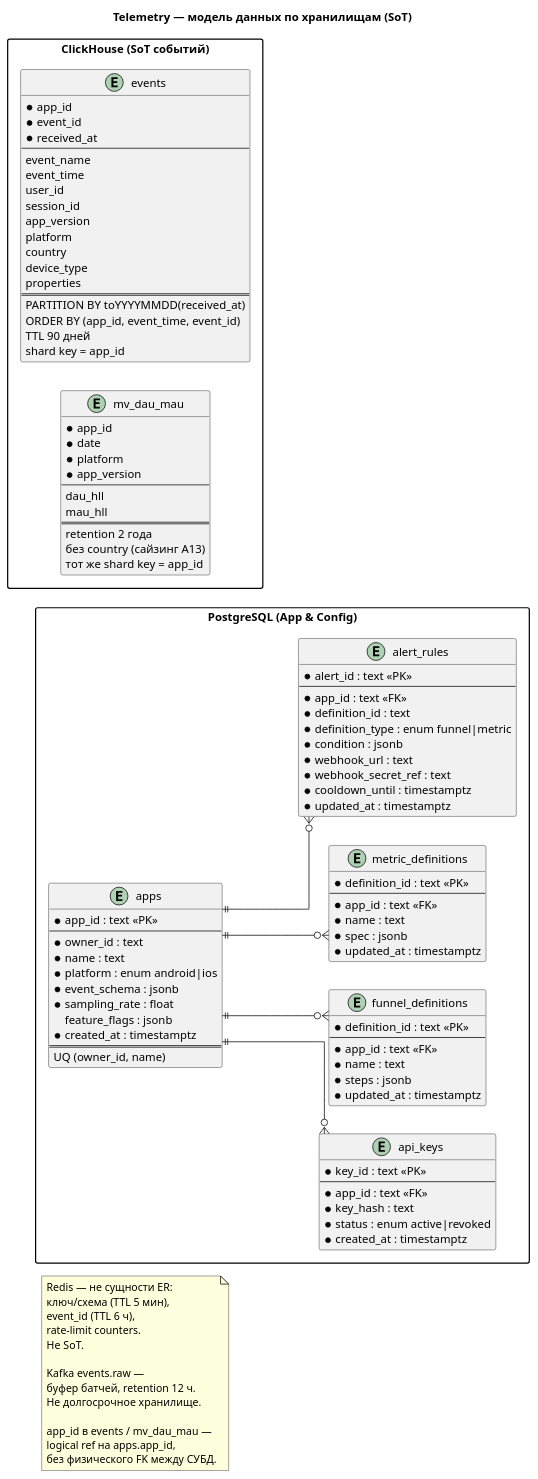
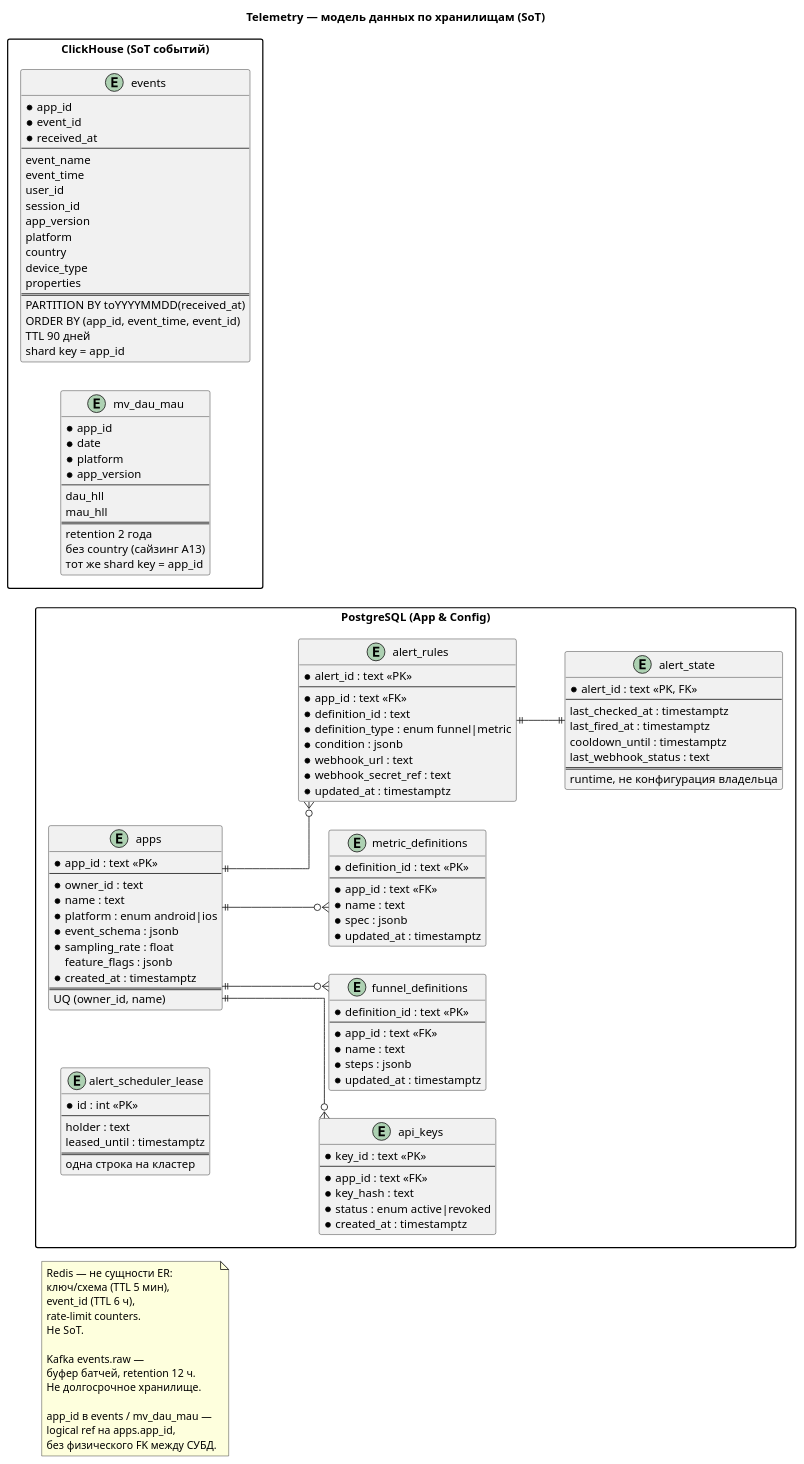
Before and after one commit to grahovsky/otus-systemdesign-homework: the diagram in hw_06/solution/diagrams/er-data-model.puml, drawn with PlantUML. The commit also changed 5 other files, not shown here.

Commit message:
keep alert cooldown and scheduler lease in pg, alert_state

```diff
--- a/hw_06/solution/diagrams/er-data-model.puml
+++ b/hw_06/solution/diagrams/er-data-model.puml
@@ -1,122 +1,142 @@
 @startuml er-data-model
 title Telemetry — модель данных по хранилищам (SoT)
 
 skinparam linetype ortho
 skinparam packageStyle rectangle
 left to right direction
 
 package "PostgreSQL (App & Config)" as pkg_pg {
   entity "apps" as apps {
     * app_id : text <<PK>>
     --
     * owner_id : text
     * name : text
     * platform : enum android|ios
     * event_schema : jsonb
     * sampling_rate : float
     feature_flags : jsonb
     * created_at : timestamptz
     ==
     UQ (owner_id, name)
   }
 
   entity "api_keys" as api_keys {
     * key_id : text <<PK>>
     --
     * app_id : text <<FK>>
     * key_hash : text
     * status : enum active|revoked
     * created_at : timestamptz
   }
 
   entity "funnel_definitions" as funnels {
     * definition_id : text <<PK>>
     --
     * app_id : text <<FK>>
     * name : text
     * steps : jsonb
     * updated_at : timestamptz
   }
 
   entity "metric_definitions" as metrics {
     * definition_id : text <<PK>>
     --
     * app_id : text <<FK>>
     * name : text
     * spec : jsonb
     * updated_at : timestamptz
   }
 
   entity "alert_rules" as alerts {
     * alert_id : text <<PK>>
     --
     * app_id : text <<FK>>
     * definition_id : text
     * definition_type : enum funnel|metric
     * condition : jsonb
     * webhook_url : text
     * webhook_secret_ref : text
-    * cooldown_until : timestamptz
     * updated_at : timestamptz
+  }
+
+  entity "alert_state" as alert_state {
+    * alert_id : text <<PK, FK>>
+    --
+    last_checked_at : timestamptz
+    last_fired_at : timestamptz
+    cooldown_until : timestamptz
+    last_webhook_status : text
+    ==
+    runtime, не конфигурация владельца
+  }
+
+  entity "alert_scheduler_lease" as alert_lease {
+    * id : int <<PK>>
+    --
+    holder : text
+    leased_until : timestamptz
+    ==
+    одна строка на кластер
   }
 
   apps ||--o{ api_keys
   apps ||--o{ funnels
   apps ||--o{ metrics
   apps ||--o{ alerts
+  alerts ||--|| alert_state
 }
 
 package "ClickHouse (SoT событий)" as pkg_ch {
   entity "events" as events {
     * app_id
     * event_id
     * received_at
     --
     event_name
     event_time
     user_id
     session_id
     app_version
     platform
     country
     device_type
     properties
     ==
     PARTITION BY toYYYYMMDD(received_at)
     ORDER BY (app_id, event_time, event_id)
     TTL 90 дней
     shard key = app_id
   }
 
   entity "mv_dau_mau" as mv {
     * app_id
     * date
     * platform
     * app_version
     --
     dau_hll
     mau_hll
     ==
     retention 2 года
     без country (сайзинг A13)
     тот же shard key = app_id
   }
 }
 
 note as n_no_er
   Redis — не сущности ER:
   ключ/схема (TTL 5 мин),
   event_id (TTL 6 ч),
   rate-limit counters.
   Не SoT.
 
   Kafka events.raw —
   буфер батчей, retention 12 ч.
   Не долгосрочное хранилище.
 
   app_id в events / mv_dau_mau —
   logical ref на apps.app_id,
   без физического FK между СУБД.
 end note
 
 @enduml
```
